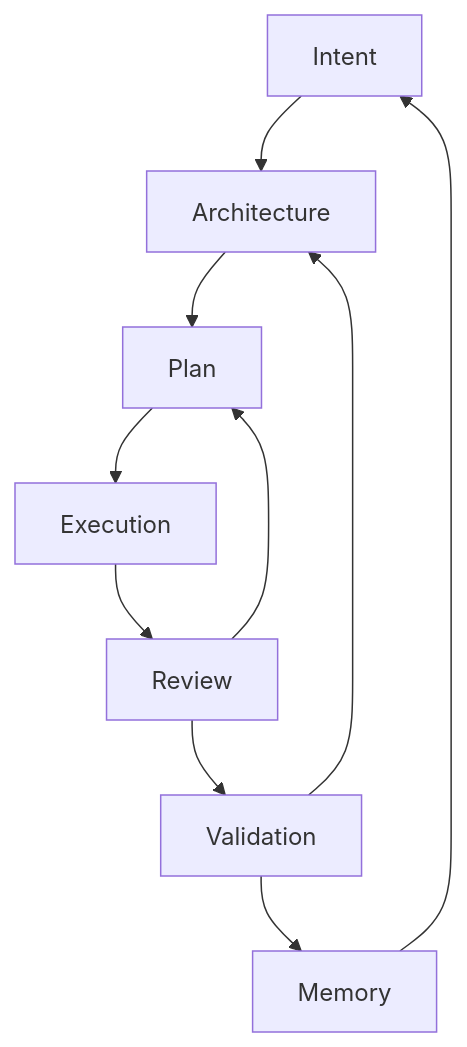
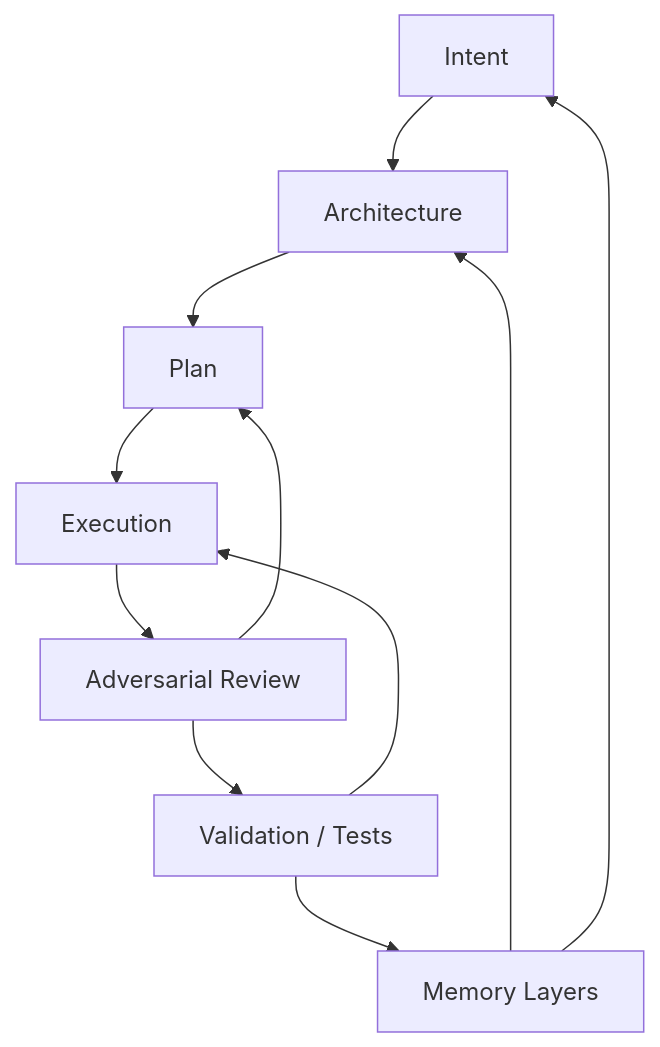
The first of 3 diagrams in AI/Pair-Programming-with-Continue-and-OpenCode.md (seanwhs/Tutorials), drawn with Mermaid before and after one commit. The commit also changed other lines of this file, not shown here.

````diff
--- a/AI/Pair-Programming-with-Continue-and-OpenCode.md
+++ b/AI/Pair-Programming-with-Continue-and-OpenCode.md
@@ -61,28 +62,17 @@
 ```mermaid
 flowchart TD
 
 I[Intent]
+A[Architecture]
+P[Plan]
+E[Execution]
+R[Adversarial Review]
+V[Validation / Tests]
+M[Memory Layers]
 
-A[Architecture]
-
-P[Plan]
-
-E[Execution]
-
-R[Review]
-
-V[Validation]
-
-M[Memory]
-
-I --> A
-A --> P
-P --> E
-E --> R
-R --> V
-V --> M
-
-V --> A
+I --> A --> P --> E --> R --> V --> M
+M --> A
 R --> P
+V --> E
 M --> I
 ```
````
